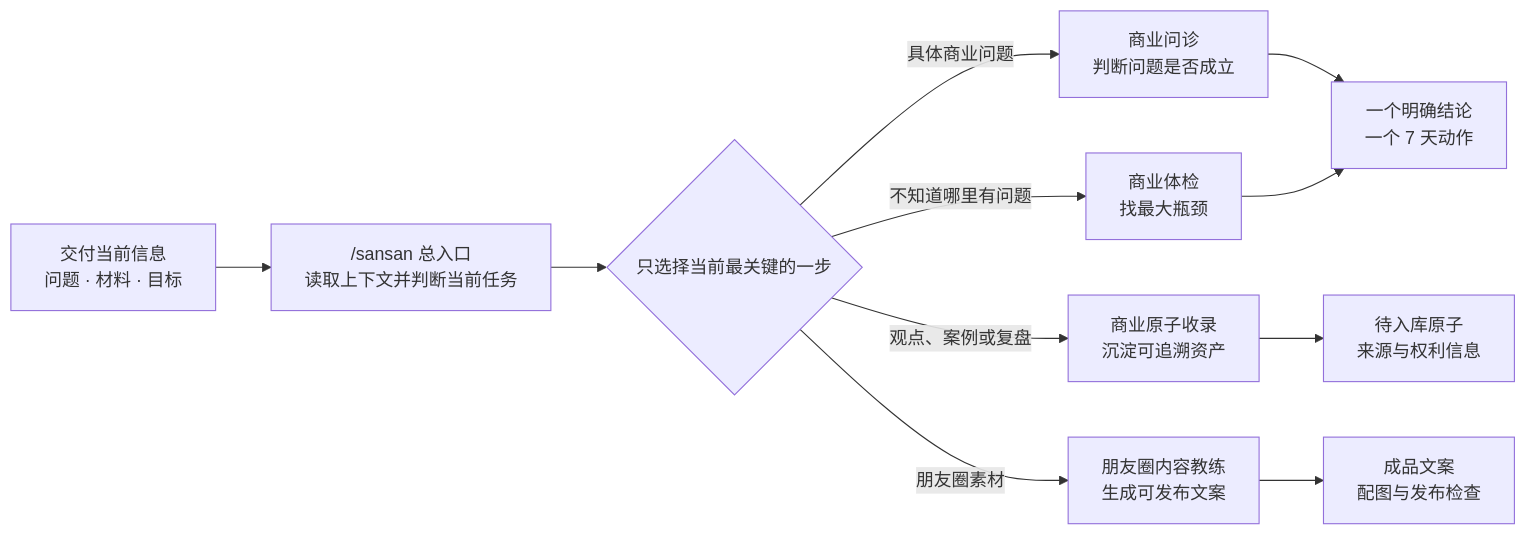
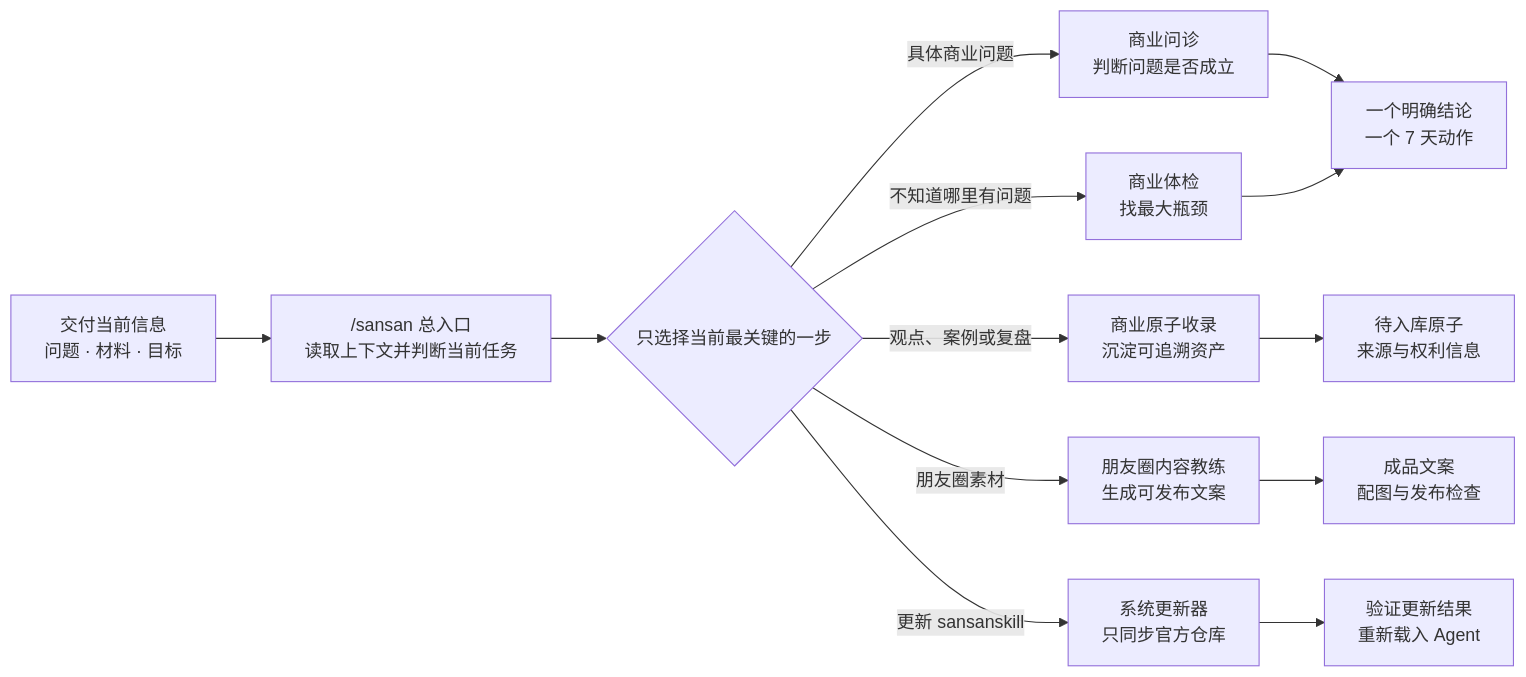
One commit to sansan19900801/sansanskill changed the diagram in README.md. Above: the diagram before and after it, drawn with Mermaid. The commit also changed other lines of this file and 9 other files, not shown here.

````diff
--- a/README.md
+++ b/README.md
@@ -20,13 +20,15 @@
 ```mermaid
 flowchart LR
     A["交付当前信息<br/>问题 · 材料 · 目标"] --> B["/sansan 总入口<br/>读取上下文并判断当前任务"]
     B --> C{"只选择当前最关键的一步"}
     C -->|具体商业问题| D["商业问诊<br/>判断问题是否成立"]
     C -->|不知道哪里有问题| E["商业体检<br/>找最大瓶颈"]
     C -->|观点、案例或复盘| F["商业原子收录<br/>沉淀可追溯资产"]
     C -->|朋友圈素材| G["朋友圈内容教练<br/>生成可发布文案"]
+    C -->|更新 sansanskill| K["系统更新器<br/>只同步官方仓库"]
     D --> H["一个明确结论<br/>一个 7 天动作"]
     E --> H
     F --> I["待入库原子<br/>来源与权利信息"]
     G --> J["成品文案<br/>配图与发布检查"]
+    K --> L["验证更新结果<br/>重新载入 Agent"]
 ```
````
